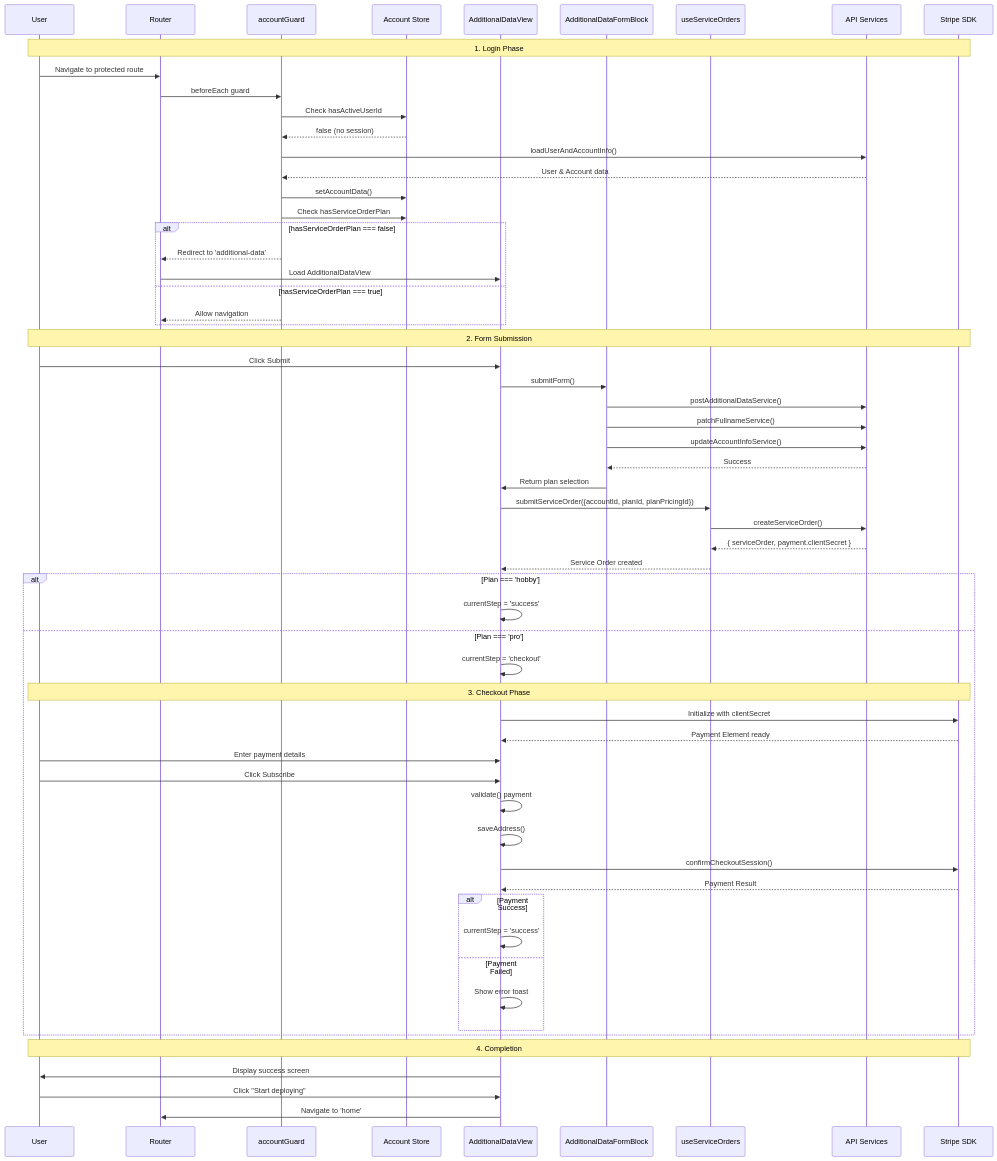
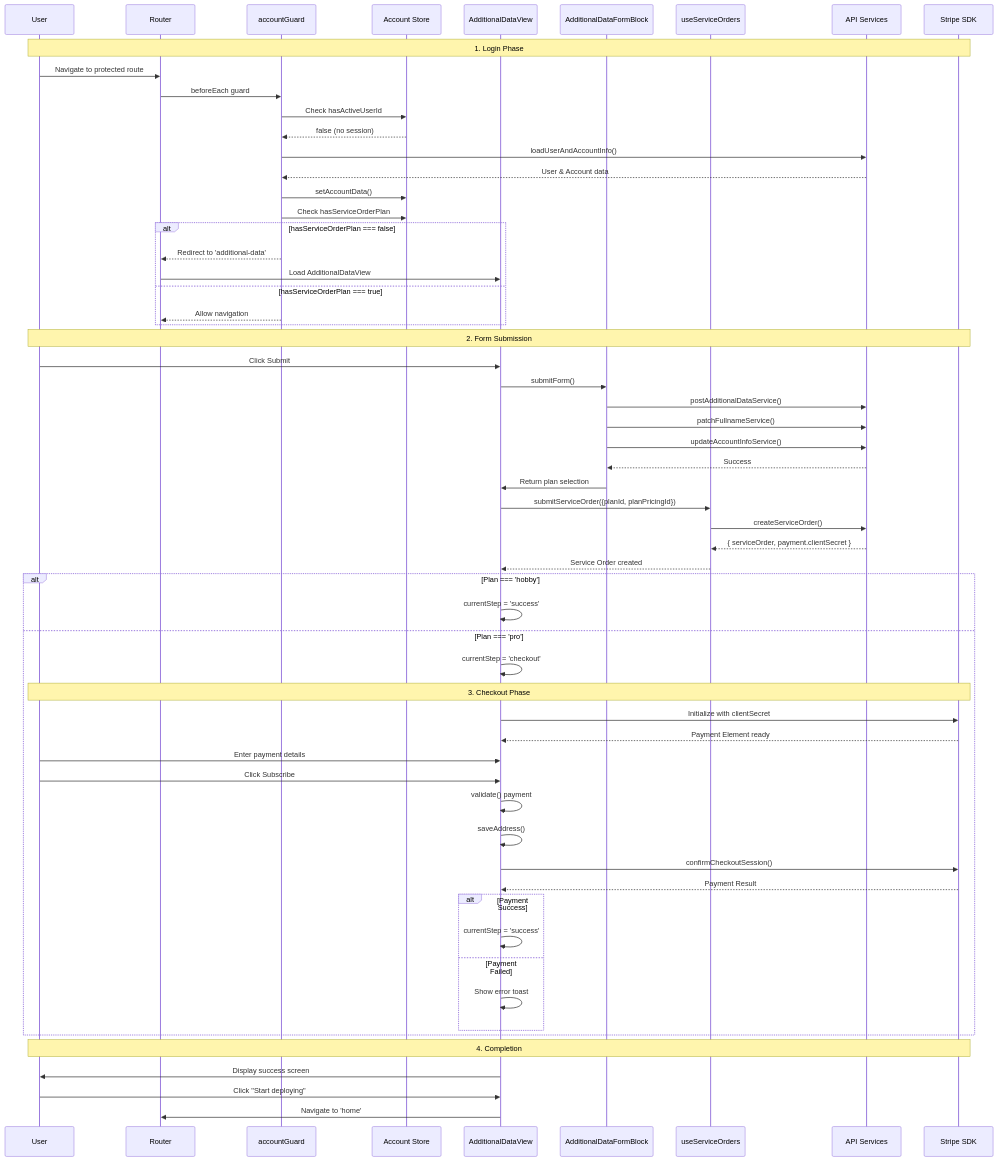
Before and after one commit to aziontech/azion-console-kit: the second of 5 diagrams in docs/CONTRACTING_FLOW.md, drawn with Mermaid. The commit also changed other lines of this file and 15 other files, not shown here.

Commit message:
fix: align console service order API integration

````diff
--- a/docs/CONTRACTING_FLOW.md
+++ b/docs/CONTRACTING_FLOW.md
@@ -69,70 +69,70 @@
 ```mermaid
 sequenceDiagram
     participant U as User
     participant R as Router
     participant G as accountGuard
     participant S as Account Store
     participant V as AdditionalDataView
     participant F as AdditionalDataFormBlock
     participant O as useServiceOrders
     participant API as API Services
     participant Stripe as Stripe SDK
 
     Note over U,Stripe: 1. Login Phase
     U->>R: Navigate to protected route
     R->>G: beforeEach guard
     G->>S: Check hasActiveUserId
     S-->>G: false (no session)
     G->>API: loadUserAndAccountInfo()
     API-->>G: User & Account data
     G->>S: setAccountData()
     G->>S: Check hasServiceOrderPlan
 
     alt hasServiceOrderPlan === false
         G-->>R: Redirect to 'additional-data'
         R->>V: Load AdditionalDataView
     else hasServiceOrderPlan === true
         G-->>R: Allow navigation
     end
 
     Note over U,Stripe: 2. Form Submission
     U->>V: Click Submit
     V->>F: submitForm()
     F->>API: postAdditionalDataService()
     F->>API: patchFullnameService()
     F->>API: updateAccountInfoService()
     API-->>F: Success
 
     F->>V: Return plan selection
-    V->>O: submitServiceOrder({accountId, planId, planPricingId})
+    V->>O: submitServiceOrder({planId, planPricingId})
     O->>API: createServiceOrder()
     API-->>O: { serviceOrder, payment.clientSecret }
     O-->>V: Service Order created
 
     alt Plan === 'hobby'
         V->>V: currentStep = 'success'
     else Plan === 'pro'
         V->>V: currentStep = 'checkout'
 
         Note over U,Stripe: 3. Checkout Phase
         V->>Stripe: Initialize with clientSecret
         Stripe-->>V: Payment Element ready
         U->>V: Enter payment details
         U->>V: Click Subscribe
         V->>V: validate() payment
         V->>V: saveAddress()
         V->>Stripe: confirmCheckoutSession()
         Stripe-->>V: Payment Result
 
         alt Payment Success
             V->>V: currentStep = 'success'
         else Payment Failed
             V->>V: Show error toast
         end
     end
 
     Note over U,Stripe: 4. Completion
     V->>U: Display success screen
     U->>V: Click "Start deploying"
     V->>R: Navigate to 'home'
 ```
````
